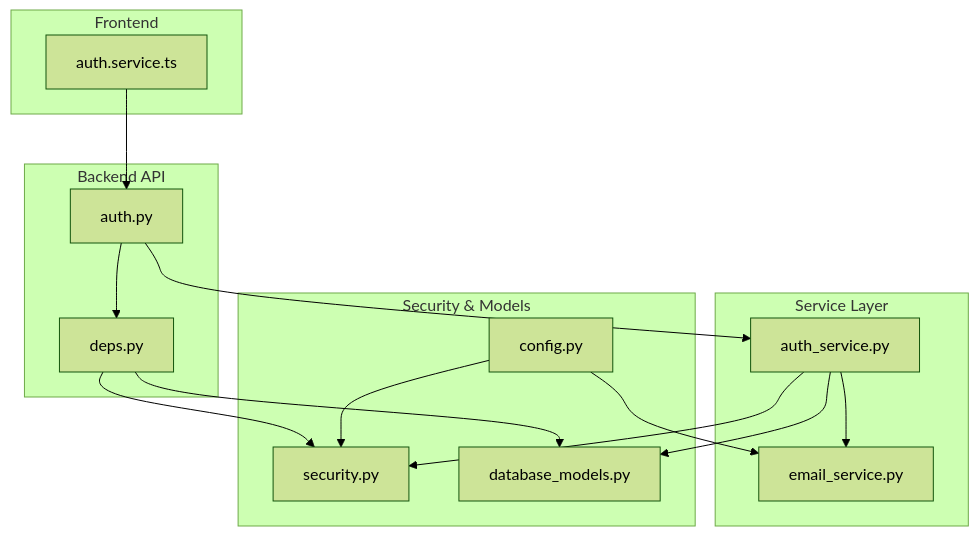
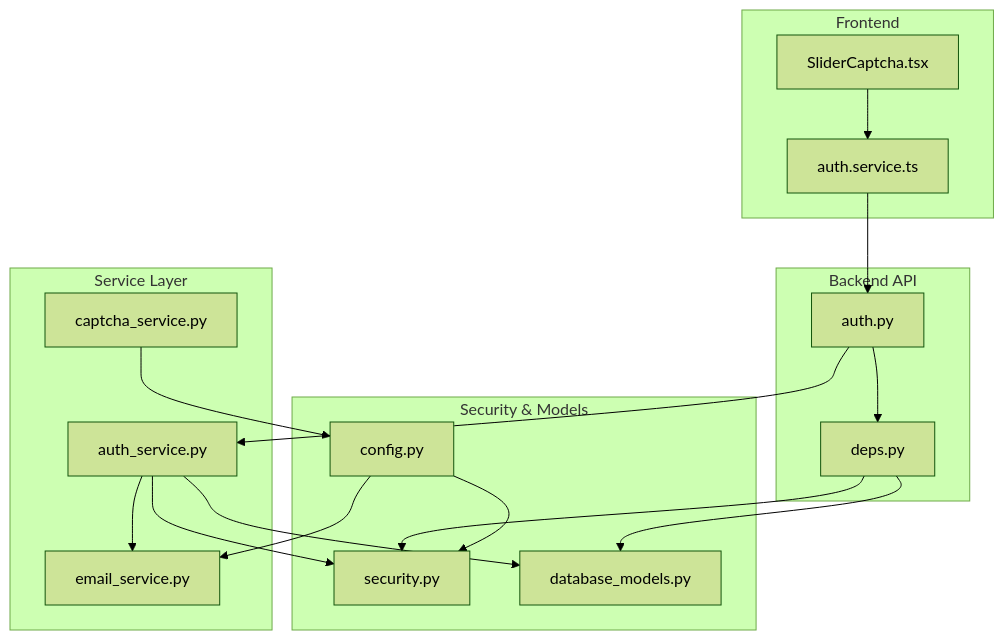
One commit to rainRise/aidiary changed the first of 7 diagrams in .qoder/repowiki/en/content/Backend System/Service Layer Implementation/Authentication Service.md. Above: the diagram before and after it, drawn with Mermaid (forest theme). The commit also changed other lines of this file and 16 other files, not shown here.

````diff
--- a/.qoder/repowiki/en/content/Backend System/Service Layer Implementation/Authentication Service.md
+++ b/.qoder/repowiki/en/content/Backend System/Service Layer Implementation/Authentication Service.md
@@ -40,29 +52,33 @@
 ```mermaid
 graph TB
 subgraph "Frontend"
 FE_Auth[auth.service.ts]
+Slider_Captcha[SliderCaptcha.tsx]
 end
 subgraph "Backend API"
 API_Router[auth.py]
 API_Deps[deps.py]
 end
 subgraph "Service Layer"
 Auth_Service[auth_service.py]
+Captcha_Service[captcha_service.py]
 Email_Service[email_service.py]
 end
 subgraph "Security & Models"
 Security[security.py]
 Config[config.py]
 Models[database_models.py]
 end
 FE_Auth --> API_Router
+Slider_Captcha --> FE_Auth
 API_Router --> Auth_Service
 API_Router --> API_Deps
 Auth_Service --> Security
 Auth_Service --> Email_Service
 Auth_Service --> Models
+Captcha_Service --> Config
 API_Deps --> Security
 API_Deps --> Models
 Config --> Security
 Config --> Email_Service
 ```
````
